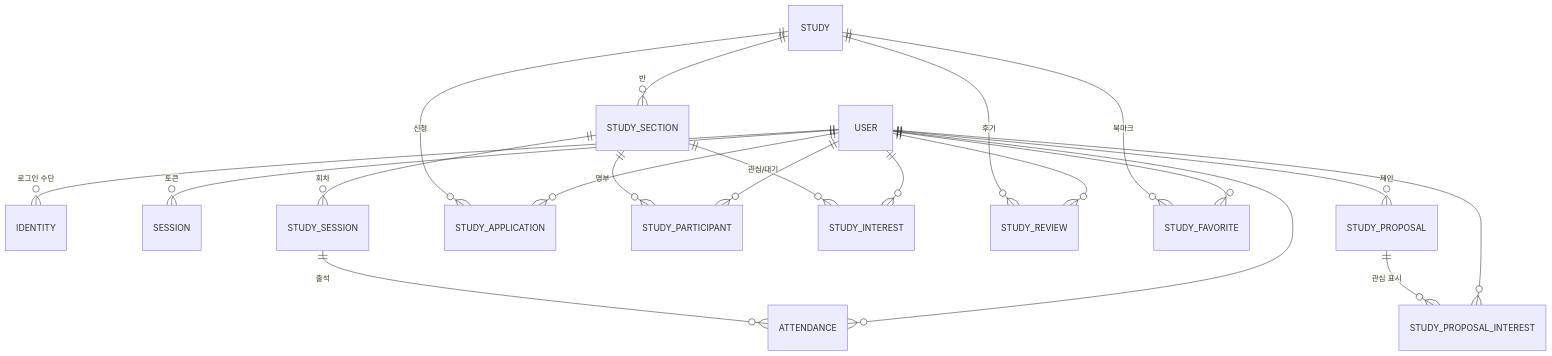
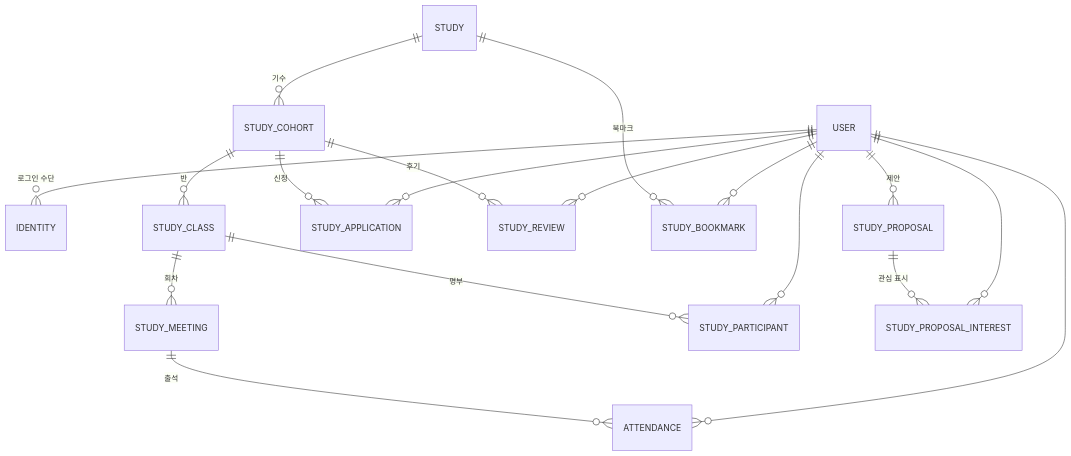
The first of 2 diagrams in docs/erd/README.md (StudyClub-PlusPlus/studyclub-engineering), drawn with Mermaid before and after one commit. The commit also changed other lines of this file and 14 other files, not shown here.

Commit message:
feat: enahnce study schema and introduce study_cohort

````diff
--- a/docs/erd/README.md
+++ b/docs/erd/README.md
@@ -43,22 +43,20 @@
 ```mermaid
 erDiagram
   USER ||--o{ IDENTITY : "로그인 수단"
-  USER ||--o{ SESSION : "토큰"
-  STUDY ||--o{ STUDY_SECTION : "반"
-  STUDY_SECTION ||--o{ STUDY_SESSION : "회차"
-  STUDY_SESSION ||--o{ ATTENDANCE : "출석"
+  STUDY ||--o{ STUDY_COHORT : "기수"
+  STUDY_COHORT ||--o{ STUDY_CLASS : "반"
+  STUDY_CLASS ||--o{ STUDY_MEETING : "회차"
+  STUDY_MEETING ||--o{ ATTENDANCE : "출석"
   USER ||--o{ ATTENDANCE : ""
-  STUDY ||--o{ STUDY_APPLICATION : "신청"
+  STUDY_COHORT ||--o{ STUDY_APPLICATION : "신청"
   USER ||--o{ STUDY_APPLICATION : ""
-  STUDY_SECTION ||--o{ STUDY_PARTICIPANT : "명부"
+  STUDY_CLASS ||--o{ STUDY_PARTICIPANT : "명부"
   USER ||--o{ STUDY_PARTICIPANT : ""
-  STUDY_SECTION ||--o{ STUDY_INTEREST : "관심/대기"
-  USER ||--o{ STUDY_INTEREST : ""
-  STUDY ||--o{ STUDY_REVIEW : "후기"
+  STUDY_COHORT ||--o{ STUDY_REVIEW : "후기"
   USER ||--o{ STUDY_REVIEW : ""
-  STUDY ||--o{ STUDY_FAVORITE : "북마크"
-  USER ||--o{ STUDY_FAVORITE : ""
+  STUDY ||--o{ STUDY_BOOKMARK : "북마크"
+  USER ||--o{ STUDY_BOOKMARK : ""
   USER ||--o{ STUDY_PROPOSAL : "제안"
   STUDY_PROPOSAL ||--o{ STUDY_PROPOSAL_INTEREST : "관심 표시"
   USER ||--o{ STUDY_PROPOSAL_INTEREST : ""
 ```
````
